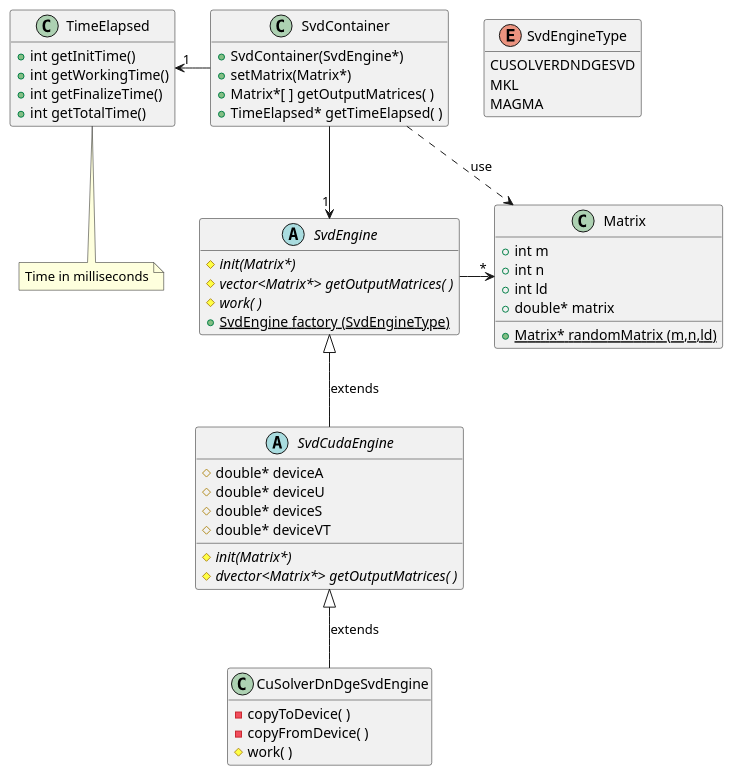
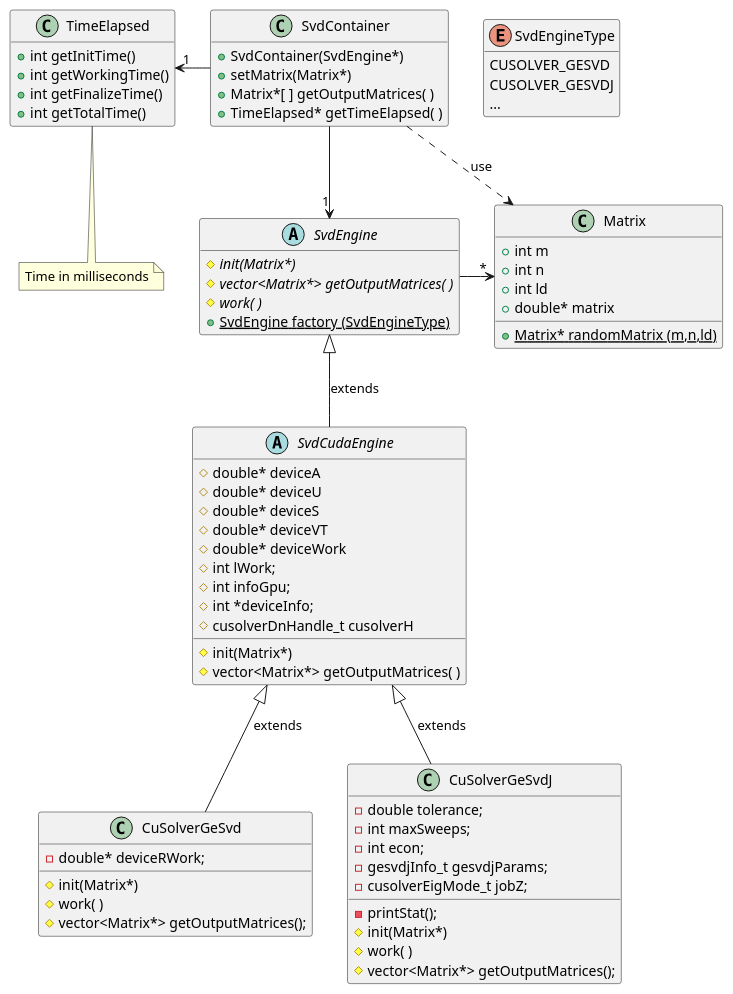
The diagram in uml/src/classDiagram.puml (newfla/CUDA-K-SVD-Denoising), drawn with PlantUML before and after one commit. The commit also changed 10 other files, not shown here.

```diff
--- a/uml/src/classDiagram.puml
+++ b/uml/src/classDiagram.puml
@@ -1,73 +1,96 @@
 @startuml diagrammaSVD
 
 class Matrix{
     + int m
     + int n
     + int ld
     + double* matrix
     {static} + Matrix* randomMatrix (m,n,ld)
 
 }
 
 abstract class SvdEngine{
     
     {abstract} # init(Matrix*)
     {abstract} # vector<Matrix*> getOutputMatrices( )
     {abstract} # work( )
     {static} + SvdEngine factory (SvdEngineType)
 }
 
 abstract class SvdCudaEngine{
 
     # double* deviceA
     # double* deviceU
     # double* deviceS
     # double* deviceVT
+    # double* deviceWork
+    # int lWork;
+    # int infoGpu;
+    # int *deviceInfo;
+    # cusolverDnHandle_t cusolverH
     
 
-    # {abstract} init(Matrix*)
-    # {abstract} dvector<Matrix*> getOutputMatrices( )
+    #  init(Matrix*)
+    #  vector<Matrix*> getOutputMatrices( )
 }
 
 enum SvdEngineType{
-        CUSOLVERDNDGESVD
-        MKL
-        MAGMA
+        CUSOLVER_GESVD
+        CUSOLVER_GESVDJ
+        ...
 }
 
-class CuSolverDnDgeSvdEngine{
-    - copyToDevice( )
-    - copyFromDevice( )
+class CuSolverGeSvd{
+
+    - double* deviceRWork;
+
+    # init(Matrix*)
     # work( )
+    # vector<Matrix*> getOutputMatrices();
 }
+
+class CuSolverGeSvdJ{
+
+    - double tolerance;
+    - int maxSweeps;
+    - int econ;
+    - gesvdjInfo_t gesvdjParams;
+    - cusolverEigMode_t jobZ;
+
+    - printStat();
+    # init(Matrix*)
+    # work( )
+    # vector<Matrix*> getOutputMatrices();
+}
+
 
 class TimeElapsed{
     + int getInitTime()
     + int getWorkingTime()
     + int getFinalizeTime()
     + int getTotalTime()
 }
 
 note bottom: Time in milliseconds
 
 class SvdContainer{
     + SvdContainer(SvdEngine*)
     + setMatrix(Matrix*)
     + Matrix*[ ] getOutputMatrices( )
     + TimeElapsed* getTimeElapsed( )
 }
 
 SvdContainer ..>  Matrix : use
 SvdContainer --> "1" SvdEngine
 TimeElapsed "1" <- SvdContainer
 SvdEngine -> "*" Matrix
 SvdEngine <|-- SvdCudaEngine : extends
-SvdCudaEngine <|-- CuSolverDnDgeSvdEngine : extends
+SvdCudaEngine <|-- CuSolverGeSvdJ : extends
+SvdCudaEngine <|-- CuSolverGeSvd : extends
 
 hide SvdEngine fields
 hide TimeElapsed fields
 hide SvdContainer fields
-hide CuSolverDnDgeSvdEngine fields
 hide SvdEngineType methods
 
 @enduml
```
